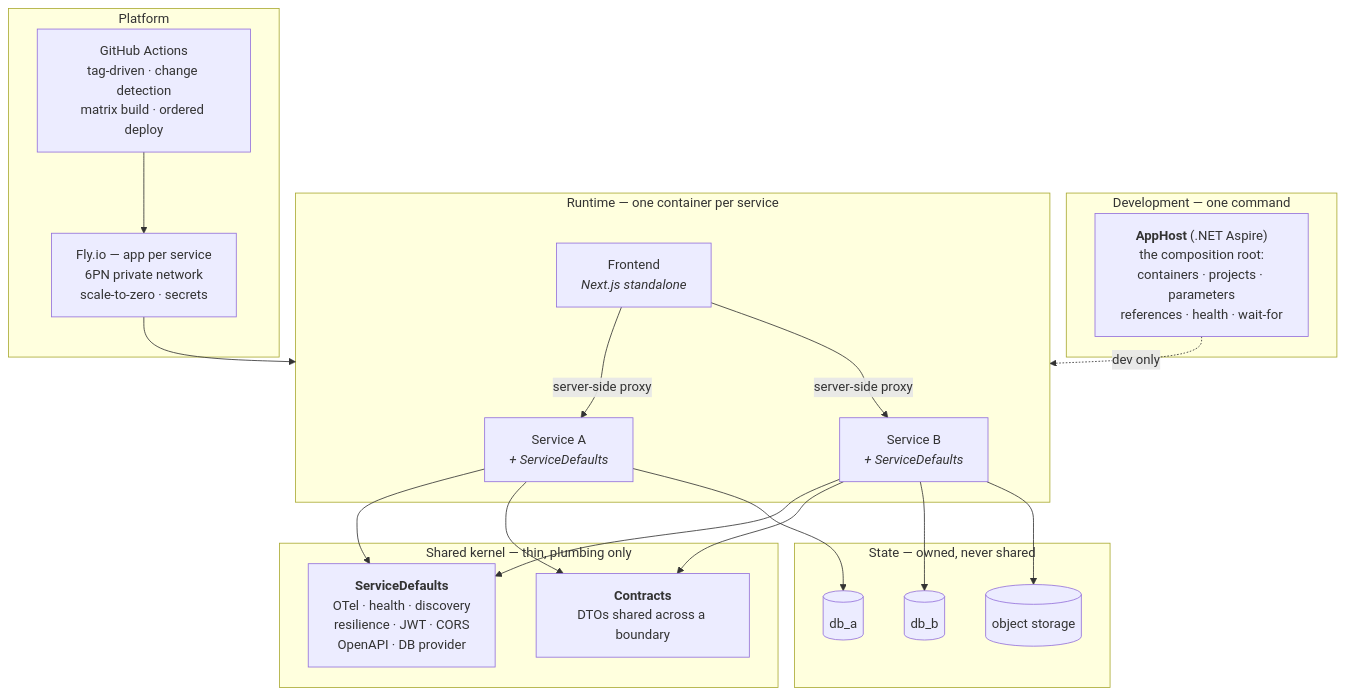
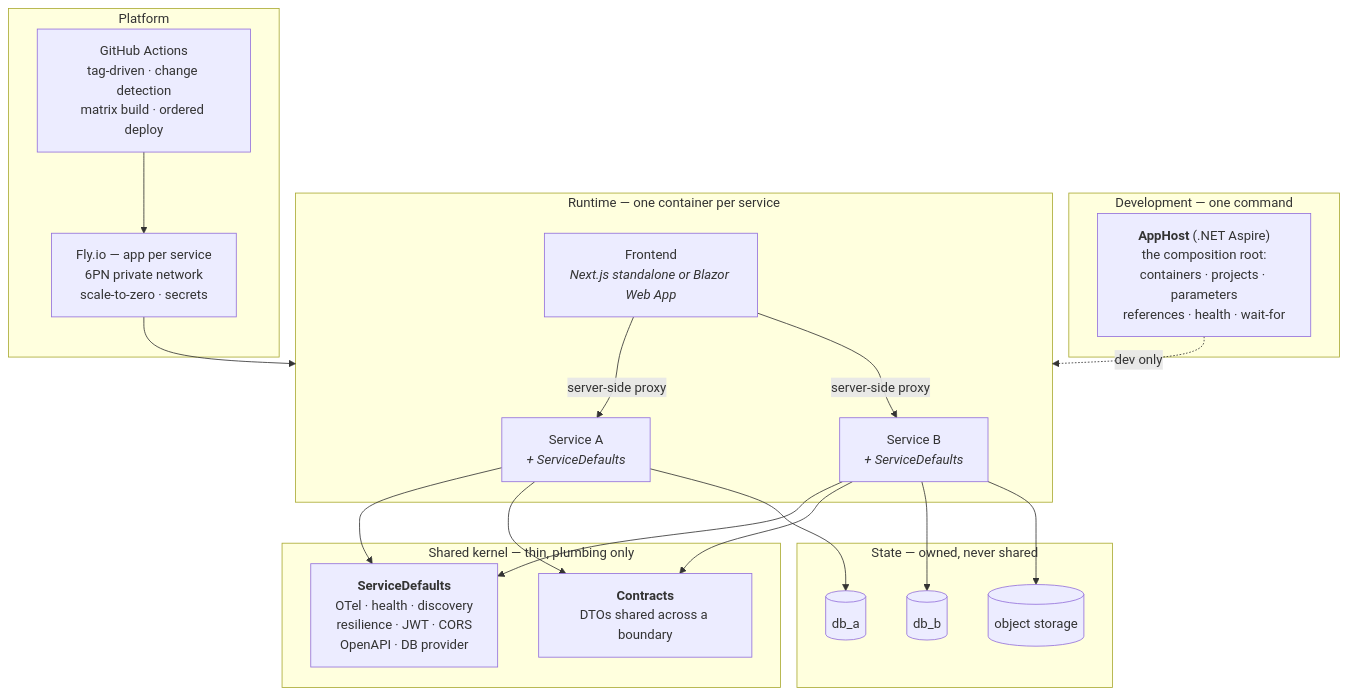
Before and after one commit to konradcinkusz/architecture-standards: the diagram in docs/architecture/00-REFERENCE-ARCHITECTURE.md, drawn with Mermaid. The commit also changed other lines of this file and 33 other files, not shown here.

First line of the commit message:
Add Blazor Web App guide as a second supported frontend option (#80)

````diff
--- a/docs/architecture/00-REFERENCE-ARCHITECTURE.md
+++ b/docs/architecture/00-REFERENCE-ARCHITECTURE.md
@@ -37,38 +37,38 @@
 ```mermaid
 flowchart TB
     subgraph Dev["Development — one command"]
         AH["<b>AppHost</b> (.NET Aspire)<br/>the composition root:<br/>containers · projects · parameters<br/>references · health · wait-for"]
     end
 
     subgraph Services["Runtime — one container per service"]
         S1["Service A<br/><i>+ ServiceDefaults</i>"]
         S2["Service B<br/><i>+ ServiceDefaults</i>"]
-        S3["Frontend<br/><i>Next.js standalone</i>"]
+        S3["Frontend<br/><i>Next.js standalone or Blazor Web App</i>"]
     end
 
     subgraph Shared["Shared kernel — thin, plumbing only"]
         SD["<b>ServiceDefaults</b><br/>OTel · health · discovery<br/>resilience · JWT · CORS<br/>OpenAPI · DB provider"]
         CT["<b>Contracts</b><br/>DTOs shared across a boundary"]
     end
 
     subgraph State["State — owned, never shared"]
         DB1[("db_a")]
         DB2[("db_b")]
         OBJ[("object storage")]
     end
 
     subgraph Platform["Platform"]
         FLY["Fly.io — app per service<br/>6PN private network<br/>scale-to-zero · secrets"]
         CI["GitHub Actions<br/>tag-driven · change detection<br/>matrix build · ordered deploy"]
     end
 
     AH -.->|"dev only"| Services
     S1 & S2 --> SD
     S1 & S2 --> CT
     S1 --> DB1
     S2 --> DB2
     S2 --> OBJ
     S3 -->|"server-side proxy"| S1 & S2
     CI --> FLY
     FLY --> Services
 ```
````
